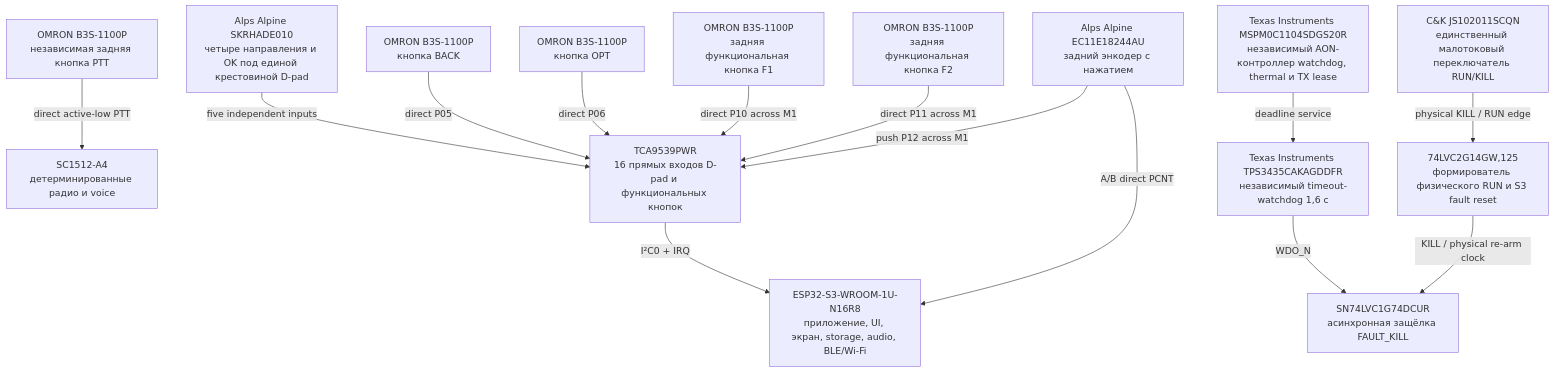
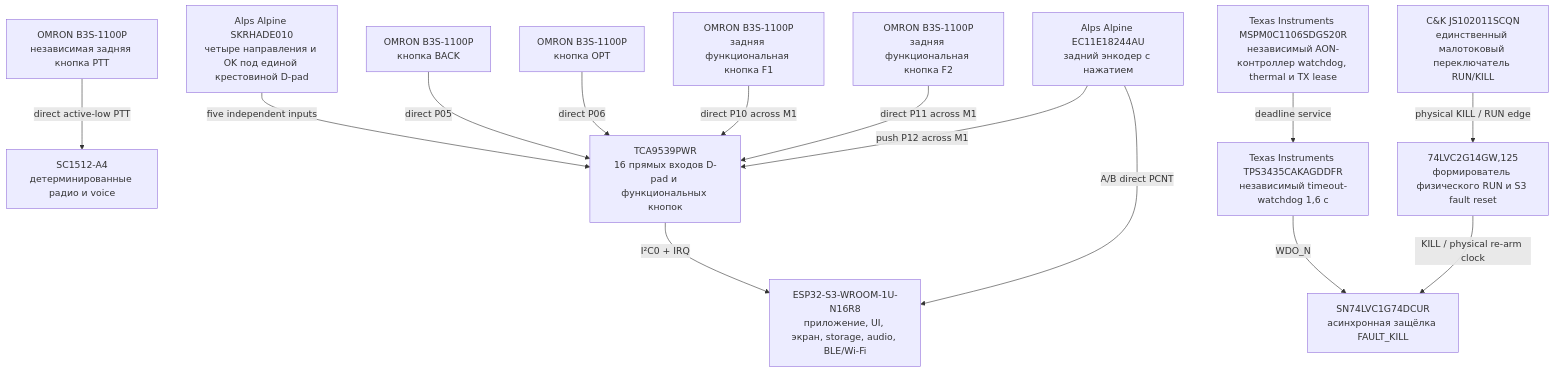
The fifth of 10 diagrams in README.ru.md (anton-vinogradov/esp32-leshy2), drawn with Mermaid before and after one commit. The commit also changed other lines of this file and 23 other files, not shown here.

````diff
--- a/README.ru.md
+++ b/README.ru.md
@@ -144,31 +144,31 @@
 ```mermaid
 flowchart TD
 S3["ESP32-S3-WROOM-1U-N16R8<br/>приложение, UI, экран, storage, audio, BLE/Wi-Fi"]
 RP["SC1512-A4<br/>детерминированные радио и voice"]
 UI_MATRIX_IO["TCA9539PWR<br/>16 прямых входов D-pad и функциональных кнопок"]
 UI_DPAD_SWITCH["Alps Alpine SKRHADE010<br/>четыре направления и OK под единой крестовиной D-pad"]
 UI_SWITCH_BACK["OMRON B3S-1100P<br/>кнопка BACK"]
 UI_SWITCH_OPT["OMRON B3S-1100P<br/>кнопка OPT"]
 UI_SWITCH_F1["OMRON B3S-1100P<br/>задняя функциональная кнопка F1"]
 UI_SWITCH_F2["OMRON B3S-1100P<br/>задняя функциональная кнопка F2"]
 ENCODER["Alps Alpine EC11E18244AU<br/>задний энкодер с нажатием"]
 PTT_SWITCH["OMRON B3S-1100P<br/>независимая задняя кнопка PTT"]
 POWER_COMMAND_SWITCH["C&K JS102011SCQN<br/>единственный малотоковый переключатель RUN/KILL"]
-SAFETY_CONTROLLER["Texas Instruments MSPM0C1104SDGS20R<br/>независимый AON-контроллер watchdog, thermal и TX lease"]
+SAFETY_CONTROLLER["Texas Instruments MSPM0C1106SDGS20R<br/>независимый AON-контроллер watchdog, thermal и TX lease"]
 SAFETY_WATCHDOG["Texas Instruments TPS3435CAKAGDDFR<br/>независимый timeout-watchdog 1,6 с"]
 SAFE_CONDITIONER["74LVC2G14GW,125<br/>формирователь физического RUN и S3 fault reset"]
 SAFE_LATCH["SN74LVC1G74DCUR<br/>асинхронная защёлка FAULT_KILL"]
   UI_DPAD_SWITCH -->|"five independent inputs"| UI_MATRIX_IO
   UI_SWITCH_BACK -->|"direct P05"| UI_MATRIX_IO
   UI_SWITCH_OPT -->|"direct P06"| UI_MATRIX_IO
   UI_SWITCH_F1 -->|"direct P10 across M1"| UI_MATRIX_IO
   UI_SWITCH_F2 -->|"direct P11 across M1"| UI_MATRIX_IO
   ENCODER -->|"push P12 across M1"| UI_MATRIX_IO
   UI_MATRIX_IO -->|"I²C0 + IRQ"| S3
   ENCODER -->|"A/B direct PCNT"| S3
   PTT_SWITCH -->|"direct active-low PTT"| RP
   POWER_COMMAND_SWITCH -->|"physical KILL / RUN edge"| SAFE_CONDITIONER
   SAFETY_CONTROLLER -->|"deadline service"| SAFETY_WATCHDOG
   SAFETY_WATCHDOG -->|"WDO_N"| SAFE_LATCH
   SAFE_CONDITIONER -->|"KILL / physical re-arm clock"| SAFE_LATCH
 ```
````
